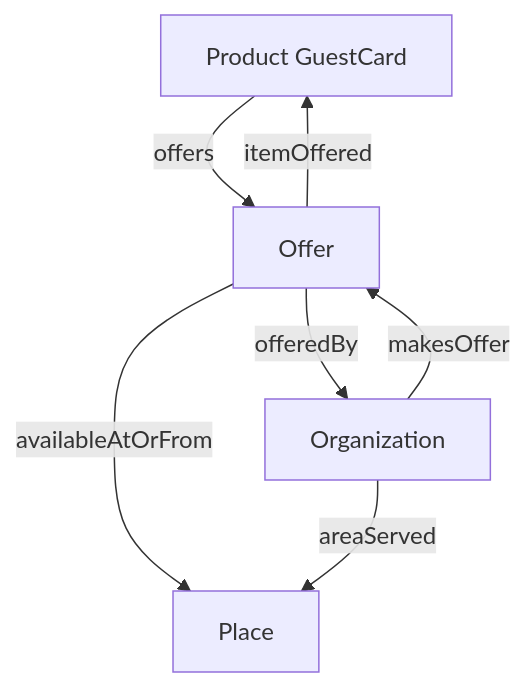
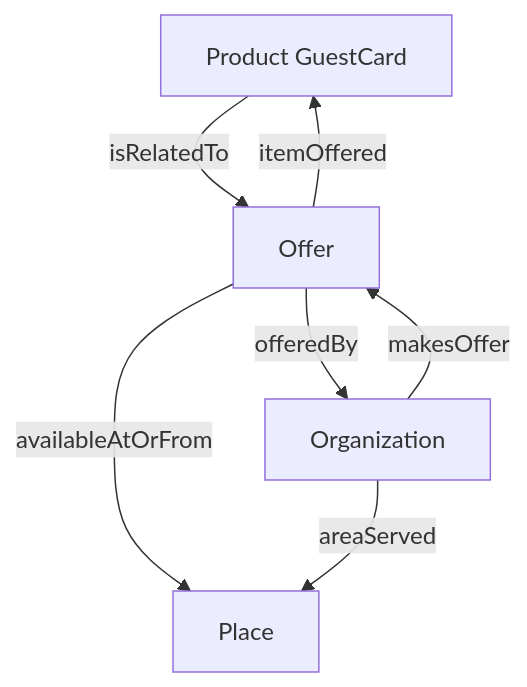
One commit to tsolenthaler/docs.contentdesk.io changed the fourth of 5 diagrams in docs/projects/glarnerlandApp.md. Above: the diagram before and after it, drawn with Mermaid. The commit also changed other lines of this file and 1 other file, not shown here.

````diff
--- a/docs/projects/glarnerlandApp.md
+++ b/docs/projects/glarnerlandApp.md
@@ -248,11 +250,11 @@
 ``` mermaid
 graph TD
-    Product[Product GuestCard]-->|offers|Offer
+    Product[Product GuestCard]-->|isRelatedTo|Offer
 
     Offer-->|itemOffered|Product
     Offer-->|availableAtOrFrom|Place
     Offer-->|offeredBy|Organization
     
     Organization-->|areaServed|Place
     Organization-->|makesOffer|Offer
 ```
````
